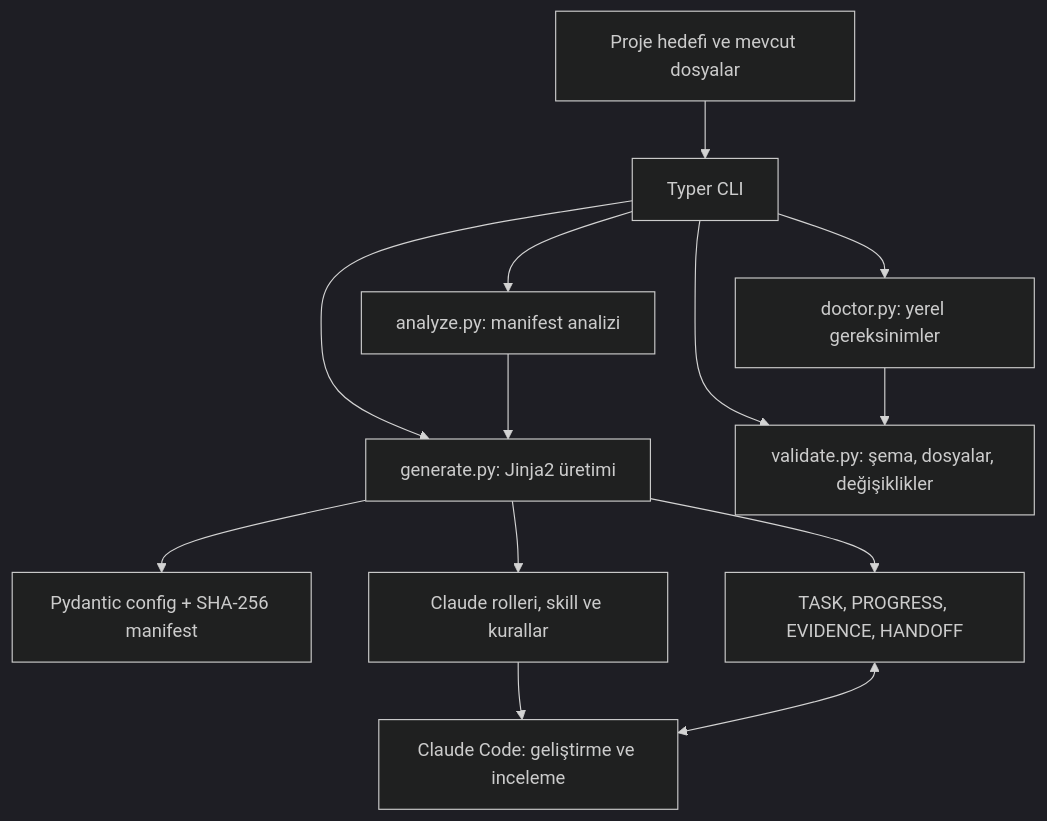
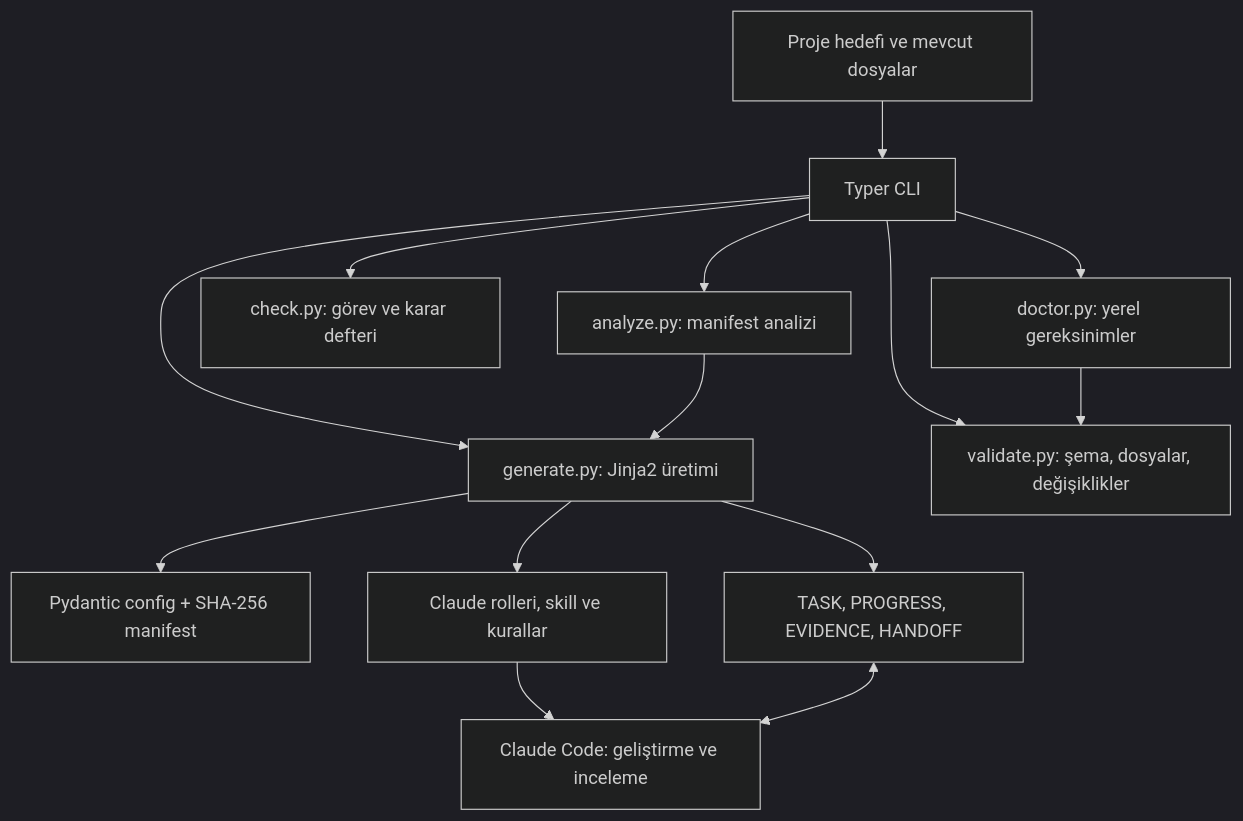
One commit to hakanngul/AgentHarnessStaterKit changed the diagram in docs/ARCHITECTURE.md. Above: the diagram before and after it, drawn with Mermaid (dark theme). The commit also changed other lines of this file and 16 other files, not shown here.

````diff
--- a/docs/ARCHITECTURE.md
+++ b/docs/ARCHITECTURE.md
@@ -3,15 +3,16 @@
 ```mermaid
 flowchart TD
   User[Proje hedefi ve mevcut dosyalar] --> CLI[Typer CLI]
   CLI --> Analyze[analyze.py: manifest analizi]
   CLI --> Generate[generate.py: Jinja2 üretimi]
   Analyze --> Generate
   Generate --> Config[Pydantic config + SHA-256 manifest]
   Generate --> Roles[Claude rolleri, skill ve kurallar]
   Generate --> Memory[TASK, PROGRESS, EVIDENCE, HANDOFF]
   CLI --> Validate[validate.py: şema, dosyalar, değişiklikler]
+  CLI --> Check[check.py: görev ve karar defteri]
   CLI --> Doctor[doctor.py: yerel gereksinimler]
   Doctor --> Validate
   Roles --> Runtime[Claude Code: geliştirme ve inceleme]
   Memory <--> Runtime
 ```
````
